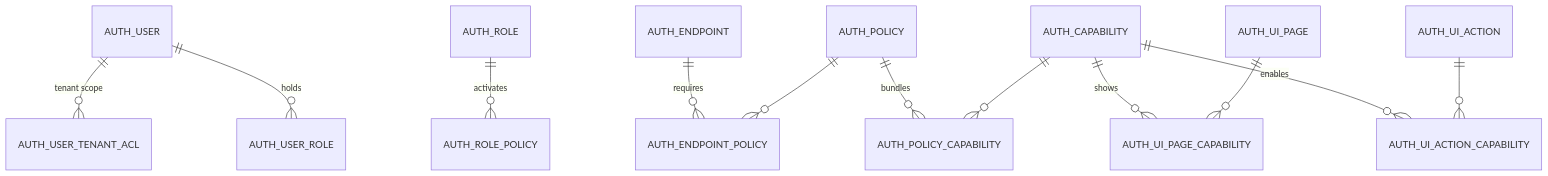
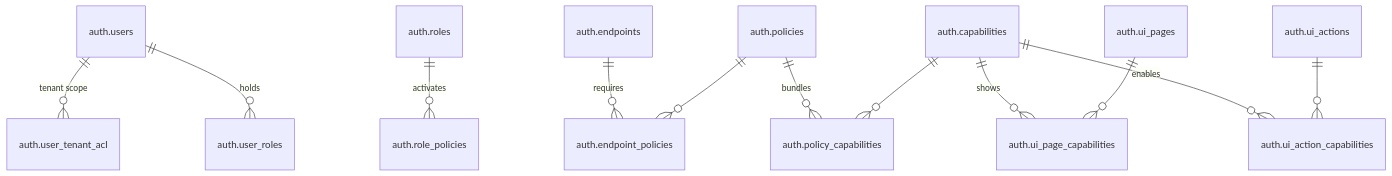
Before and after one commit to LaborManagement/auth-service: the diagram in docs/architecture/data-map.md, drawn with Mermaid.

Commit message:
tablename change

````diff
--- a/docs/architecture/data-map.md
+++ b/docs/architecture/data-map.md
@@ -9,14 +9,14 @@
 ```mermaid
 erDiagram
-    AUTH_USER ||--o{ AUTH_USER_ROLE : "holds"
-    AUTH_ROLE ||--o{ AUTH_ROLE_POLICY : "activates"
-    AUTH_POLICY ||--o{ AUTH_POLICY_CAPABILITY : "bundles"
-    AUTH_CAPABILITY ||--o{ AUTH_POLICY_CAPABILITY : ""
-    AUTH_ENDPOINT ||--o{ AUTH_ENDPOINT_POLICY : "requires"
-    AUTH_POLICY ||--o{ AUTH_ENDPOINT_POLICY : ""
-    AUTH_CAPABILITY ||--o{ AUTH_UI_PAGE_CAPABILITY : "shows"
-    AUTH_UI_PAGE ||--o{ AUTH_UI_PAGE_CAPABILITY : ""
-    AUTH_CAPABILITY ||--o{ AUTH_UI_ACTION_CAPABILITY : "enables"
-    AUTH_UI_ACTION ||--o{ AUTH_UI_ACTION_CAPABILITY : ""
-    AUTH_USER ||--o{ AUTH_USER_TENANT_ACL : "tenant scope"
+    "auth.users" ||--o{ "auth.user_roles" : "holds"
+    "auth.roles" ||--o{ "auth.role_policies" : "activates"
+    "auth.policies" ||--o{ "auth.policy_capabilities" : "bundles"
+    "auth.capabilities" ||--o{ "auth.policy_capabilities" : ""
+    "auth.endpoints" ||--o{ "auth.endpoint_policies" : "requires"
+    "auth.policies" ||--o{ "auth.endpoint_policies" : ""
+    "auth.capabilities" ||--o{ "auth.ui_page_capabilities" : "shows"
+    "auth.ui_pages" ||--o{ "auth.ui_page_capabilities" : ""
+    "auth.capabilities" ||--o{ "auth.ui_action_capabilities" : "enables"
+    "auth.ui_actions" ||--o{ "auth.ui_action_capabilities" : ""
+    "auth.users" ||--o{ "auth.user_tenant_acl" : "tenant scope"
 ```
````
